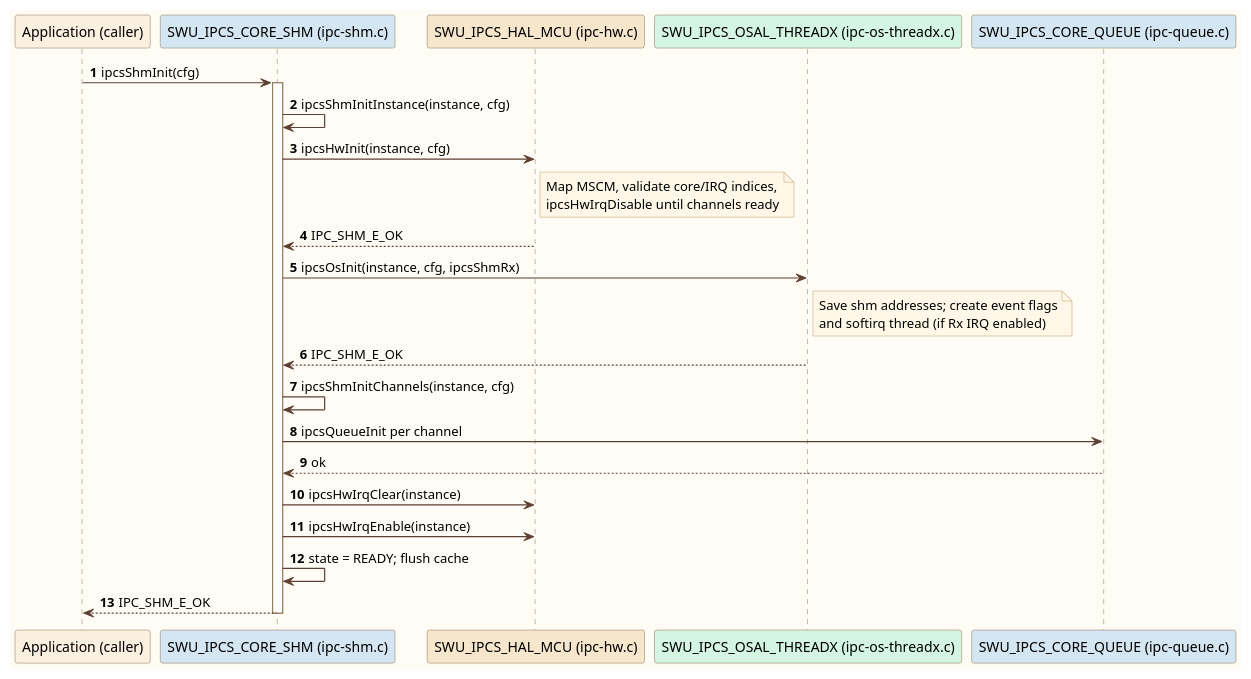
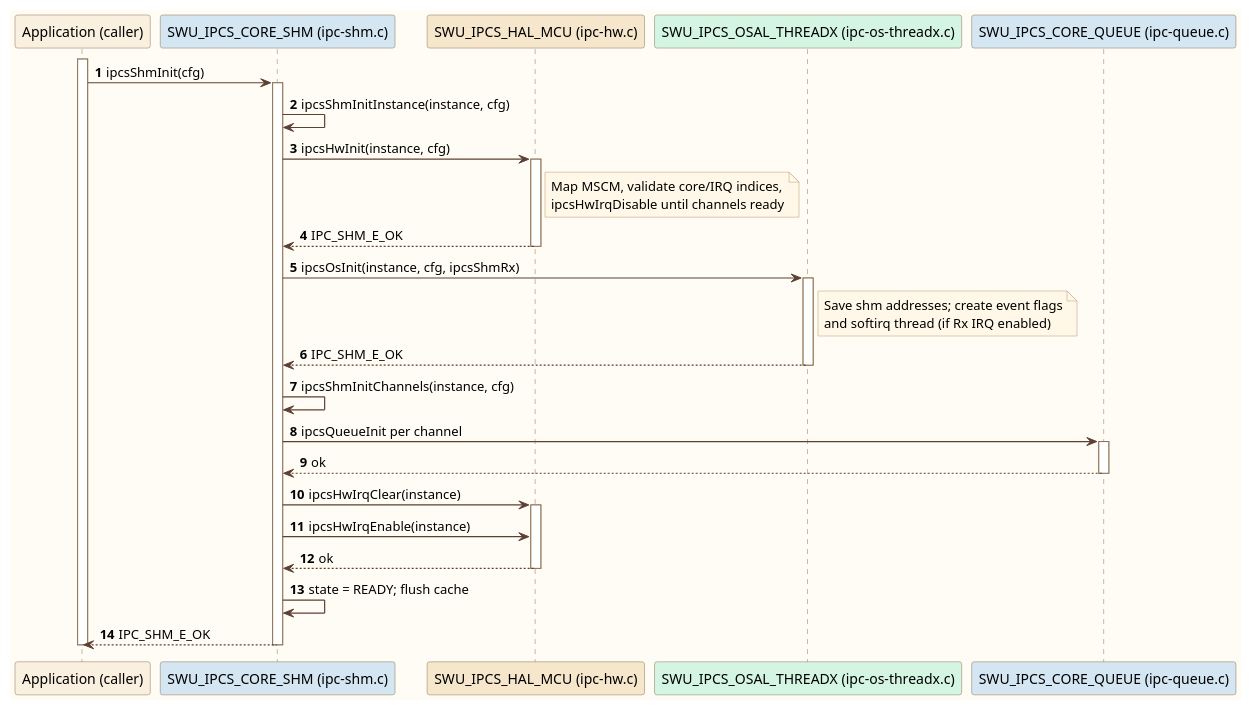
One commit to Mastang1/sad_sdd_proj changed the diagram in c1_sdd_linux-ipcs/cursor_tmp/flow_umls/rtos_seq_init.puml. Above: the diagram before and after it, drawn with PlantUML. The commit also changed 208 other files, not shown here.

```diff
--- a/c1_sdd_linux-ipcs/cursor_tmp/flow_umls/rtos_seq_init.puml
+++ b/c1_sdd_linux-ipcs/cursor_tmp/flow_umls/rtos_seq_init.puml
@@ -1,48 +1,59 @@
 @startuml
 skinparam backgroundColor #FFFCF5
 skinparam sequenceArrowThickness 1.2
 skinparam sequence {
   ArrowColor #5C4033
   LifeLineBorderColor #8B7355
   ParticipantBorderColor #8B7355
   BoxBorderColor #A08060
 }
 skinparam note {
   BackgroundColor #FFF8E8
   BorderColor #B89968
 }
 skinparam actor {
   BackgroundColor #FAF0E0
   BorderColor #8B7355
 }
 participant "Application (caller)" as APP #FAF0E0
 participant "SWU_IPCS_CORE_SHM (ipc-shm.c)" as CORE #D4E6F1
 participant "SWU_IPCS_HAL_MCU (ipc-hw.c)" as HAL #F5E6CC
 participant "SWU_IPCS_OSAL_THREADX (ipc-os-threadx.c)" as OSAL #D5F5E3
 participant "SWU_IPCS_CORE_QUEUE (ipc-queue.c)" as QUEUE #D4E6F1
 
 autonumber
+activate APP
 APP -> CORE : ipcsShmInit(cfg)
 activate CORE
 CORE -> CORE : ipcsShmInitInstance(instance, cfg)
 CORE -> HAL : ipcsHwInit(instance, cfg)
+activate HAL
 note right of HAL
   Map MSCM, validate core/IRQ indices,
   ipcsHwIrqDisable until channels ready
 end note
 HAL --> CORE : IPC_SHM_E_OK
+deactivate HAL
 CORE -> OSAL : ipcsOsInit(instance, cfg, ipcsShmRx)
+activate OSAL
 note right of OSAL
   Save shm addresses; create event flags
   and softirq thread (if Rx IRQ enabled)
 end note
 OSAL --> CORE : IPC_SHM_E_OK
+deactivate OSAL
 CORE -> CORE : ipcsShmInitChannels(instance, cfg)
 CORE -> QUEUE : ipcsQueueInit per channel
+activate QUEUE
 QUEUE --> CORE : ok
+deactivate QUEUE
 CORE -> HAL : ipcsHwIrqClear(instance)
+activate HAL
 CORE -> HAL : ipcsHwIrqEnable(instance)
+HAL --> CORE : ok
+deactivate HAL
 CORE -> CORE : state = READY; flush cache
 CORE --> APP : IPC_SHM_E_OK
 deactivate CORE
+deactivate APP
 @enduml
```
